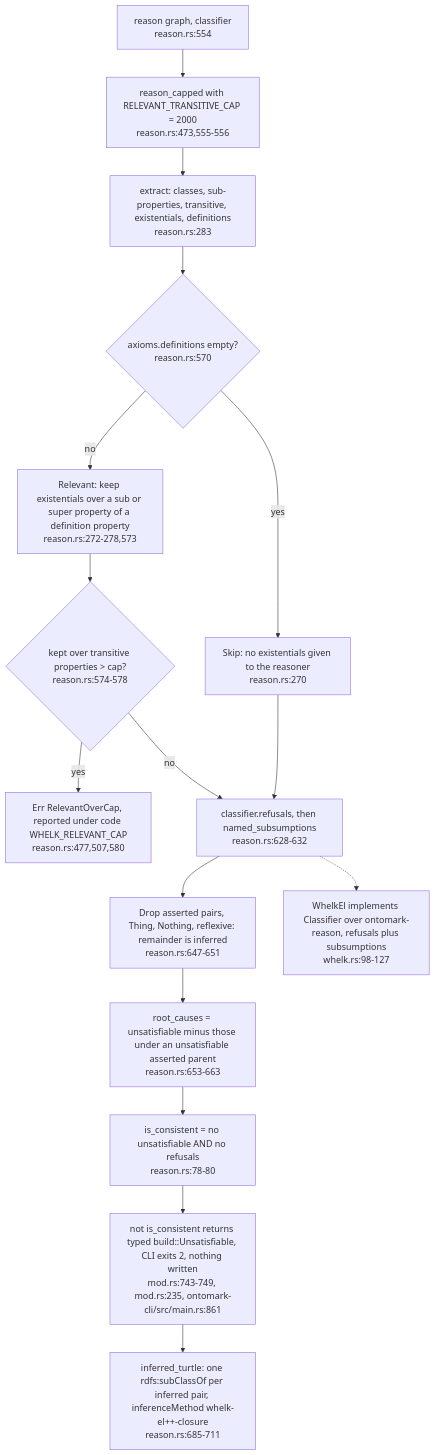
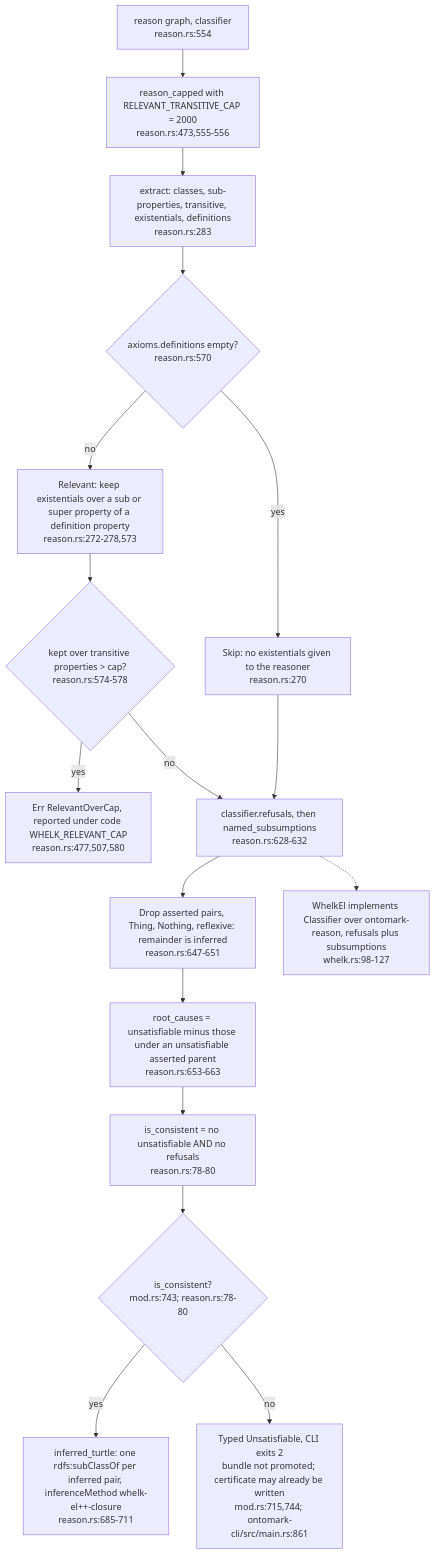
The third of 7 diagrams in docs/diagrams/ontomark/04-emitters-turtle-indexes-tiers-and-contract-c3.md (DreamLab-AI/VisionFlow), drawn with Mermaid before and after one commit. The commit also changed other lines of this file and 47 other files, not shown here.

Commit message:
docs: audit Ontomark reasoning and certificate publication

````diff
--- a/docs/diagrams/ontomark/04-emitters-turtle-indexes-tiers-and-contract-c3.md
+++ b/docs/diagrams/ontomark/04-emitters-turtle-indexes-tiers-and-contract-c3.md
@@ -107,27 +107,29 @@
 ```mermaid
 flowchart TD
     ENTRY["reason graph, classifier<br/>reason.rs:554"]
     CAPD["reason_capped with RELEVANT_TRANSITIVE_CAP = 2000<br/>reason.rs:473,555-556"]
     EXTR["extract: classes, sub-properties, transitive, existentials, definitions<br/>reason.rs:283"]
     NODEF{"axioms.definitions empty?<br/>reason.rs:570"}
     SKIP["Skip: no existentials given to the reasoner<br/>reason.rs:270"]
     KEEP["Relevant: keep existentials over a sub or super property of a definition property<br/>reason.rs:272-278,573"]
     OVER{"kept over transitive properties > cap?<br/>reason.rs:574-578"}
     ERR["Err RelevantOverCap, reported under code WHELK_RELEVANT_CAP<br/>reason.rs:477,507,580"]
     CLASSIFY["classifier.refusals, then named_subsumptions<br/>reason.rs:628-632"]
     SPLIT["Drop asserted pairs, Thing, Nothing, reflexive: remainder is inferred<br/>reason.rs:647-651"]
     ROOTS["root_causes = unsatisfiable minus those under an unsatisfiable asserted parent<br/>reason.rs:653-663"]
-    GATE["not is_consistent returns typed build::Unsatisfiable, CLI exits 2, nothing written<br/>mod.rs:743-749, mod.rs:235, ontomark-cli/src/main.rs:861"]
+    GATE{"is_consistent?<br/>mod.rs:743; reason.rs:78-80"}
+    BAD["Typed Unsatisfiable, CLI exits 2<br/>bundle not promoted; certificate may already be written<br/>mod.rs:715,744; ontomark-cli/src/main.rs:861"]
     CONS["is_consistent = no unsatisfiable AND no refusals<br/>reason.rs:78-80"]
     INFTTL["inferred_turtle: one rdfs:subClassOf per inferred pair, inferenceMethod whelk-el++-closure<br/>reason.rs:685-711"]
     WH["WhelkEl implements Classifier over ontomark-reason, refusals plus subsumptions<br/>whelk.rs:98-127"]
     ENTRY --> CAPD --> EXTR --> NODEF
     NODEF -- yes --> SKIP
     NODEF -- no --> KEEP --> OVER
     OVER -- yes --> ERR
     OVER -- no --> CLASSIFY
     SKIP --> CLASSIFY
     CLASSIFY --> SPLIT --> ROOTS --> CONS --> GATE
-    GATE --> INFTTL
+    GATE -->|yes| INFTTL
+    GATE -->|no| BAD
     CLASSIFY -.-> WH
 ```
````
